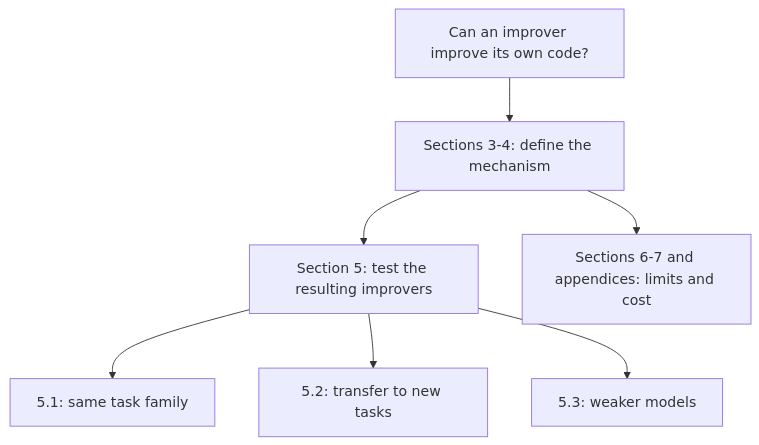
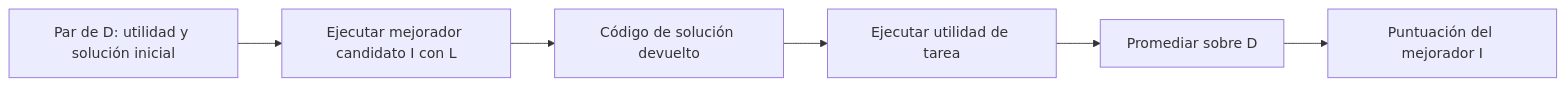
One commit to jairzinhosantos/thinking-harness changed the first of 3 diagrams in research/literature/reviews/pap-0001-stop/README.md. Above: the diagram before and after it, drawn with Mermaid. The commit also changed other lines of this file and 56 other files, not shown here.

````diff
--- a/research/literature/reviews/pap-0001-stop/README.md
+++ b/research/literature/reviews/pap-0001-stop/README.md
@@ -81,9 +110,8 @@
 ```mermaid
-flowchart TD
-    Q[Can an improver improve its own code?] --> M[Sections 3-4: define the mechanism]
-    M --> E[Section 5: test the resulting improvers]
-    E --> A[5.1: same task family]
-    E --> B[5.2: transfer to new tasks]
-    E --> C[5.3: weaker models]
-    M --> L[Sections 6-7 and appendices: limits and cost]
+flowchart LR
+    D[Par de D: utilidad y solución inicial] --> I[Ejecutar mejorador candidato I con L]
+    I --> S[Código de solución devuelto]
+    S --> U[Ejecutar utilidad de tarea]
+    U --> A[Promediar sobre D]
+    A --> M[Puntuación del mejorador I]
 ```
````
